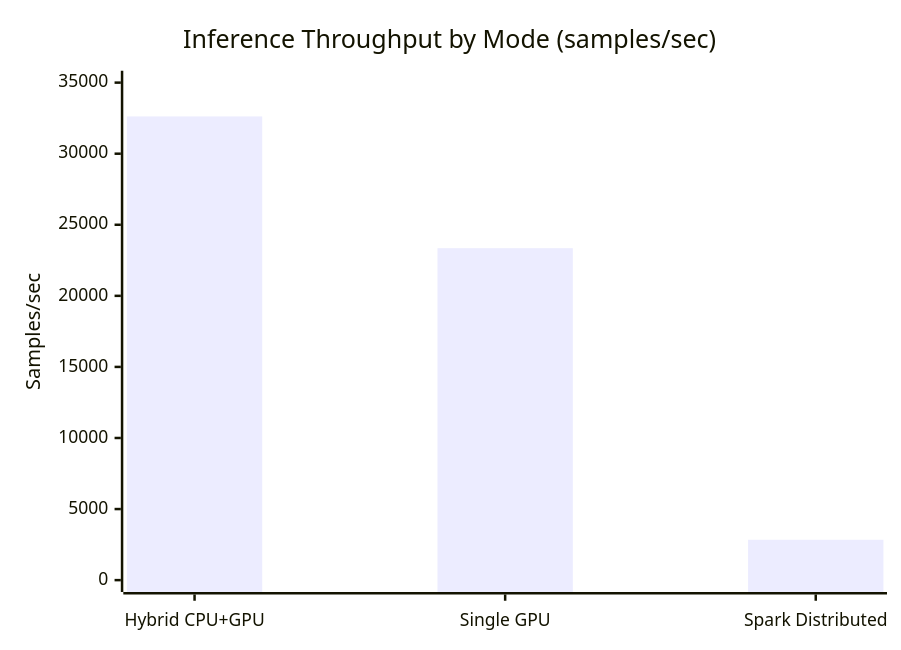
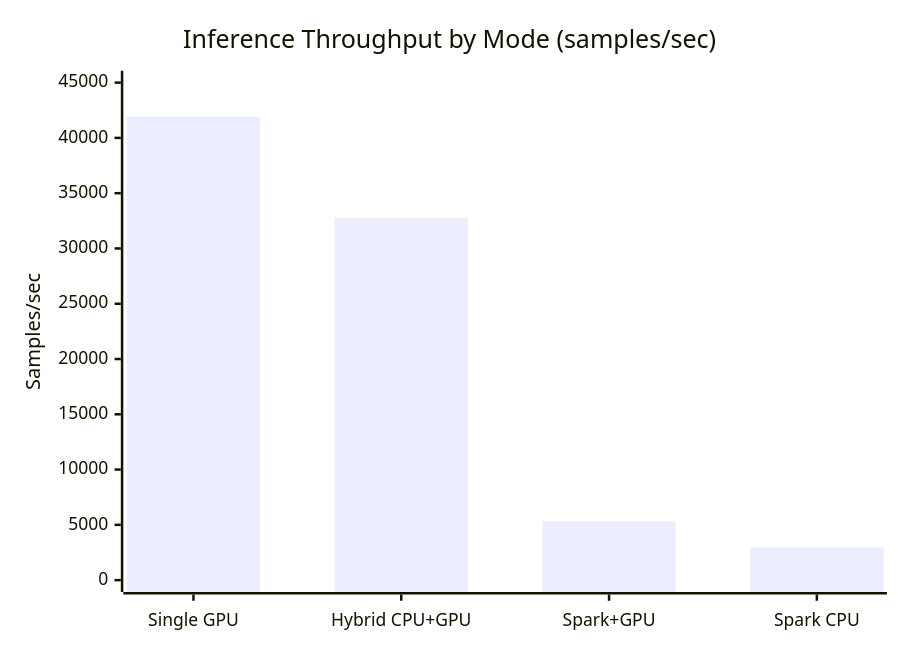
The first of 5 diagrams in pytorch-spark-inference-platform/docs/benchmark.md (KRISHNA049039/multidimensional_spark_Poc), drawn with Mermaid before and after one commit. The commit also changed other lines of this file, not shown here.

````diff
--- a/pytorch-spark-inference-platform/docs/benchmark.md
+++ b/pytorch-spark-inference-platform/docs/benchmark.md
@@ -141,8 +141,8 @@
 ```mermaid
 %%{init: {'theme': 'default'}}%%
 xychart-beta
     title "Inference Throughput by Mode (samples/sec)"
-    x-axis ["Hybrid CPU+GPU", "Single GPU", "Spark Distributed"]
-    y-axis "Samples/sec" 0 --> 35000
-    bar [32621, 23353, 2839]
+    x-axis ["Single GPU", "Hybrid CPU+GPU", "Spark+GPU", "Spark CPU"]
+    y-axis "Samples/sec" 0 --> 45000
+    bar [41908, 32773, 5329, 2967]
 ```
````
